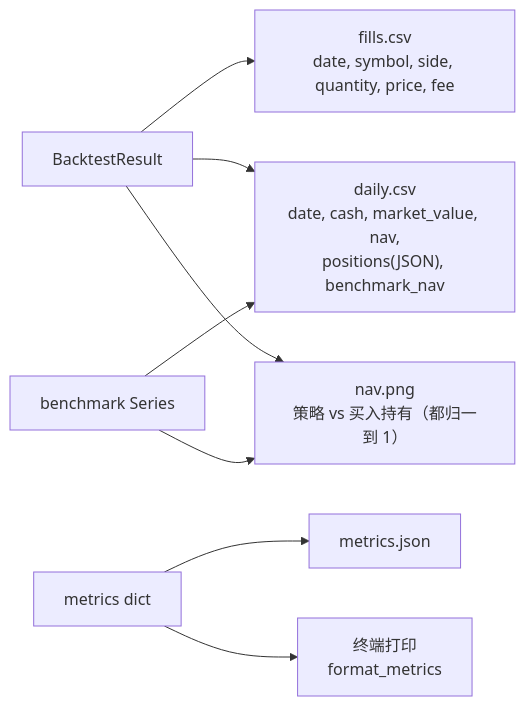
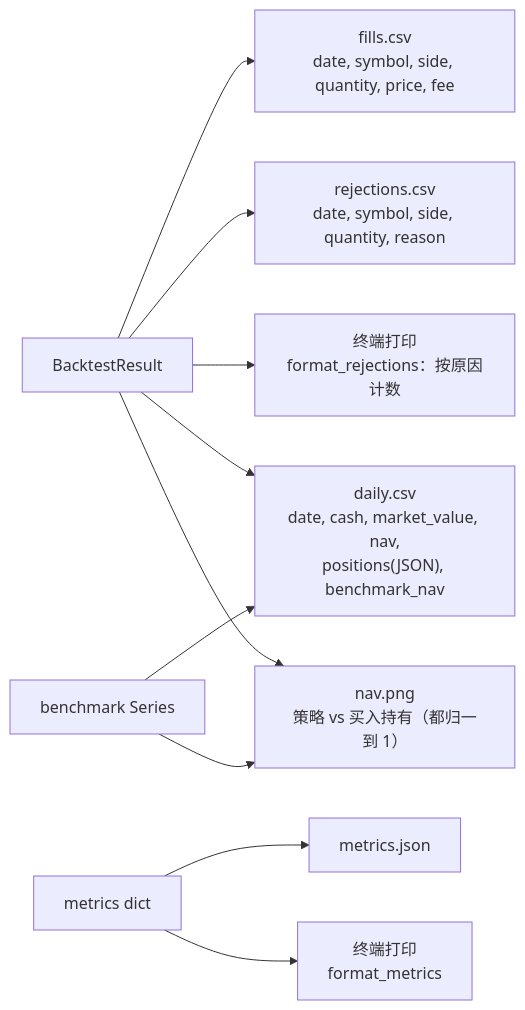
One commit to guevara12345/quant changed diagram 20 of 23 in docs/code-walkthrough.md. Above: the diagram before and after it, drawn with Mermaid. The commit also changed other lines of this file and 16 other files, not shown here.

````diff
--- a/docs/code-walkthrough.md
+++ b/docs/code-walkthrough.md
@@ -688,10 +760,12 @@
 ```mermaid
 flowchart LR
     R[BacktestResult] --> FC["fills.csv<br/>date, symbol, side, quantity, price, fee"]
+    R --> RC["rejections.csv<br/>date, symbol, side, quantity, reason"]
+    R --> RT["终端打印<br/>format_rejections：按原因计数"]
     R --> DC["daily.csv<br/>date, cash, market_value, nav,<br/>positions(JSON), benchmark_nav"]
     M[metrics dict] --> MJ[metrics.json]
     R --> NP["nav.png<br/>策略 vs 买入持有（都归一到 1）"]
     B[benchmark Series] --> NP
     B --> DC
     M --> TXT["终端打印<br/>format_metrics"]
 ```
````
